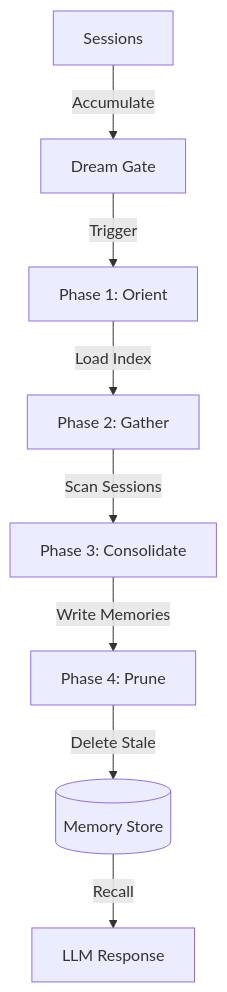
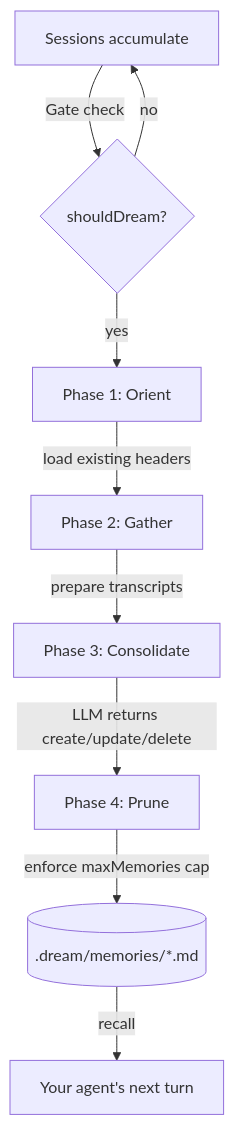
One commit to shubhamdusane/dream-memory changed the diagram in README.md. Above: the diagram before and after it, drawn with Mermaid. The commit also changed other lines of this file and 15 other files, not shown here.

````diff
--- a/README.md
+++ b/README.md
@@ -78,10 +78,11 @@
 ```mermaid
 graph TD
-    S[Sessions] -->|Accumulate| G[Dream Gate]
-    G -->|Trigger| P1[Phase 1: Orient]
-    P1 -->|Load Index| P2[Phase 2: Gather]
-    P2 -->|Scan Sessions| P3[Phase 3: Consolidate]
-    P3 -->|Write Memories| P4[Phase 4: Prune]
-    P4 -->|Delete Stale| M[(Memory Store)]
-    M -->|Recall| LLM[LLM Response]
+    S[Sessions accumulate] -->|Gate check| G{shouldDream?}
+    G -->|no| S
+    G -->|yes| P1[Phase 1: Orient]
+    P1 -->|load existing headers| P2[Phase 2: Gather]
+    P2 -->|prepare transcripts| P3[Phase 3: Consolidate]
+    P3 -->|LLM returns create/update/delete| P4[Phase 4: Prune]
+    P4 -->|enforce maxMemories cap| M[(.dream/memories/*.md)]
+    M -->|recall| LLM[Your agent's next turn]
 ```
````
